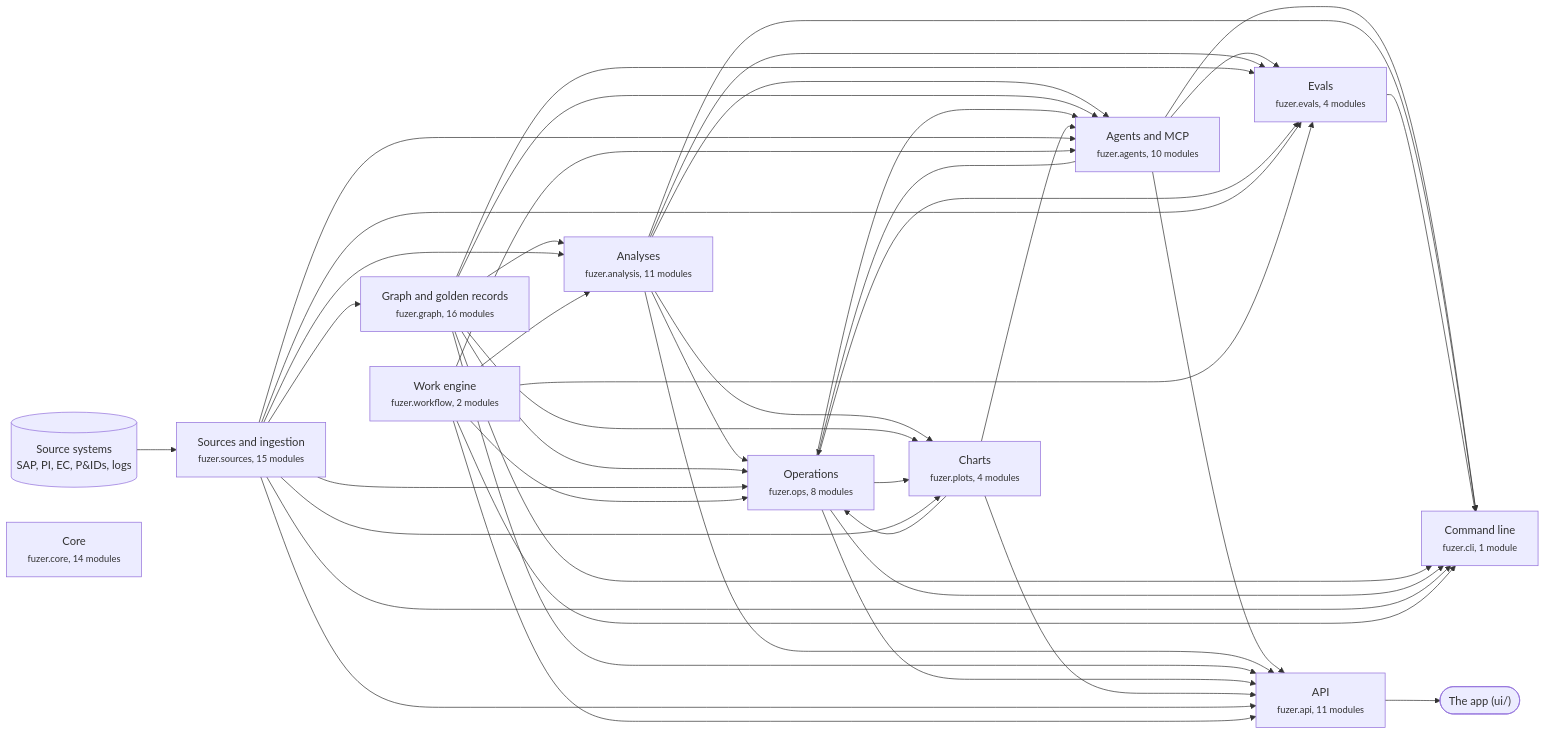
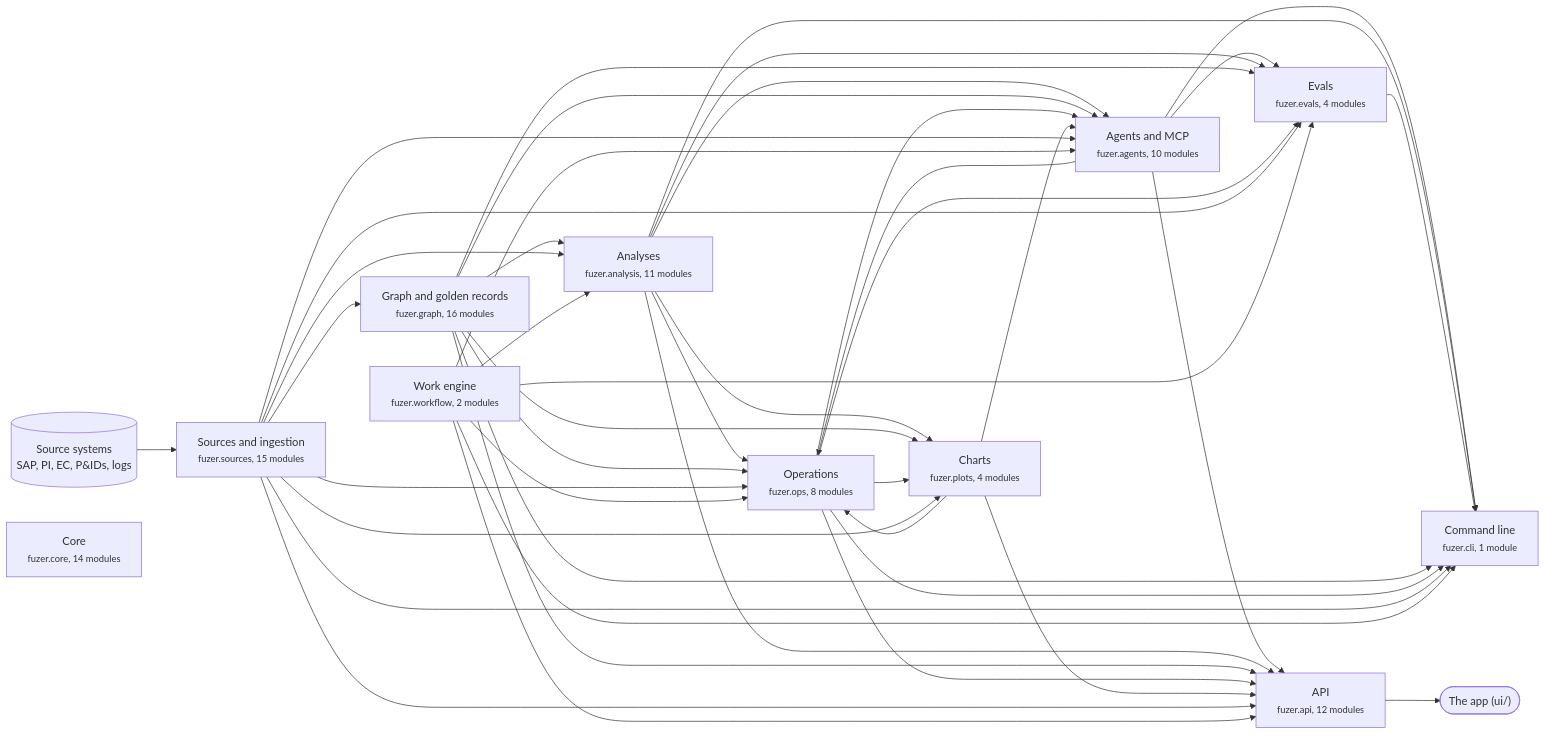
One commit to areed145/fuzer changed the first of 3 diagrams in docs/architecture.md. Above: the diagram before and after it, drawn with Mermaid. The commit also changed other lines of this file, not shown here.

Commit message:
Regenerate architecture.md for the jobs API module (stale since #215)

````diff
--- a/docs/architecture.md
+++ b/docs/architecture.md
@@ -8,68 +8,68 @@
 ```mermaid
 flowchart LR
   systems[("Source systems<br>SAP, PI, EC, P&IDs, logs")] --> c_sources
   app(["The app (ui/)"])
   c_api --> app
   c_sources["Sources and ingestion<br><small>fuzer.sources, 15 modules</small>"]
   c_graph["Graph and golden records<br><small>fuzer.graph, 16 modules</small>"]
   c_analysis["Analyses<br><small>fuzer.analysis, 11 modules</small>"]
   c_ops["Operations<br><small>fuzer.ops, 8 modules</small>"]
   c_plots["Charts<br><small>fuzer.plots, 4 modules</small>"]
   c_workflow["Work engine<br><small>fuzer.workflow, 2 modules</small>"]
   c_agents["Agents and MCP<br><small>fuzer.agents, 10 modules</small>"]
   c_evals["Evals<br><small>fuzer.evals, 4 modules</small>"]
-  c_api["API<br><small>fuzer.api, 11 modules</small>"]
+  c_api["API<br><small>fuzer.api, 12 modules</small>"]
   c_cli["Command line<br><small>fuzer.cli, 1 module</small>"]
   c_core["Core<br><small>fuzer.core, 14 modules</small>"]
   c_sources --> c_graph
   c_graph --> c_analysis
   c_sources --> c_analysis
   c_workflow --> c_analysis
   c_agents --> c_ops
   c_analysis --> c_ops
   c_graph --> c_ops
   c_plots --> c_ops
   c_sources --> c_ops
   c_workflow --> c_ops
   c_analysis --> c_plots
   c_graph --> c_plots
   c_ops --> c_plots
   c_sources --> c_plots
   c_analysis --> c_agents
   c_graph --> c_agents
   c_ops --> c_agents
   c_plots --> c_agents
   c_sources --> c_agents
   c_workflow --> c_agents
   c_agents --> c_evals
   c_analysis --> c_evals
   c_graph --> c_evals
   c_ops --> c_evals
   c_sources --> c_evals
   c_workflow --> c_evals
   c_agents --> c_api
   c_analysis --> c_api
   c_graph --> c_api
   c_ops --> c_api
   c_plots --> c_api
   c_sources --> c_api
   c_workflow --> c_api
   c_agents --> c_cli
   c_analysis --> c_cli
   c_evals --> c_cli
   c_graph --> c_cli
   c_ops --> c_cli
   c_sources --> c_cli
   c_workflow --> c_cli
   click c_sources "https://github.com/areed145/fuzer/tree/main/src/fuzer/sources"
   click c_graph "https://github.com/areed145/fuzer/tree/main/src/fuzer/graph"
   click c_analysis "https://github.com/areed145/fuzer/tree/main/src/fuzer/analysis"
   click c_ops "https://github.com/areed145/fuzer/tree/main/src/fuzer/ops"
   click c_plots "https://github.com/areed145/fuzer/tree/main/src/fuzer/plots"
   click c_workflow "https://github.com/areed145/fuzer/tree/main/src/fuzer/workflow"
   click c_agents "https://github.com/areed145/fuzer/tree/main/src/fuzer/agents"
   click c_evals "https://github.com/areed145/fuzer/tree/main/src/fuzer/evals"
   click c_api "https://github.com/areed145/fuzer/tree/main/src/fuzer/api"
   click c_cli "https://github.com/areed145/fuzer/tree/main/src/fuzer/cli"
   click c_core "https://github.com/areed145/fuzer/tree/main/src/fuzer/core"
 ```
````
